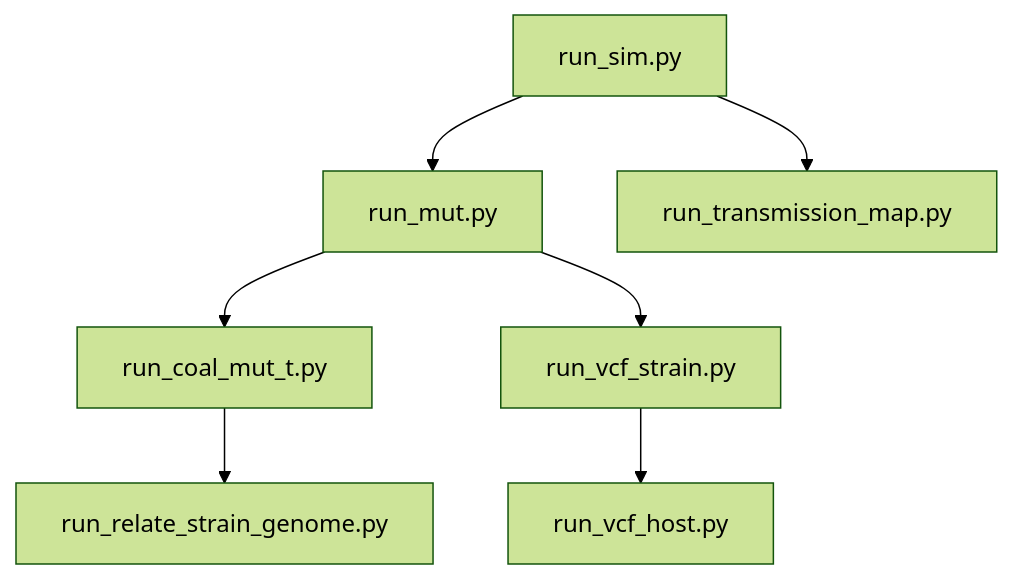
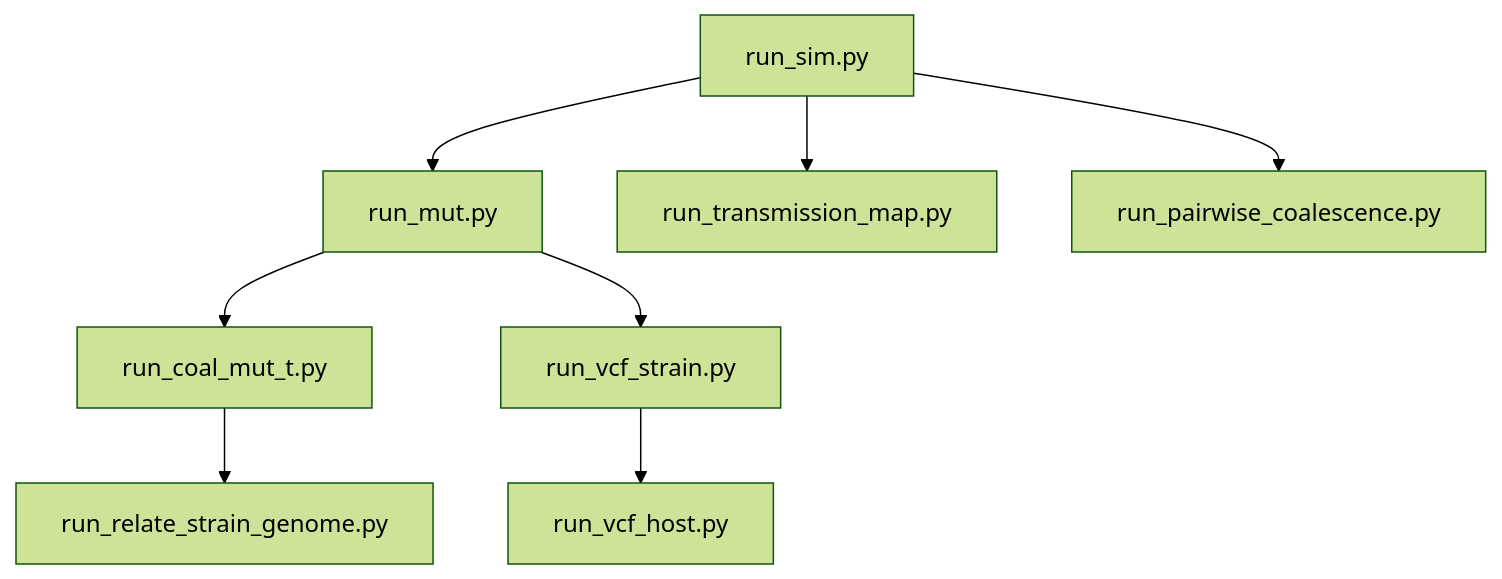
The diagram in README.md (mrc-ide/KR_simulator), drawn with Mermaid (forest theme) before and after one commit. The commit also changed other lines of this file, not shown here.

````diff
--- a/README.md
+++ b/README.md
@@ -43,17 +43,19 @@
 ```mermaid
 graph TD
     sim["run_sim.py"]
     mut["run_mut.py"]
     tmap["run_transmission_map.py"]
+    pairwise["run_pairwise_coalescence.py"]
     coal["run_coal_mut_t.py"]
     relate["run_relate_strain_genome.py"]
     vcfs["run_vcf_strain.py"]
     vcfh["run_vcf_host.py"]
 
     sim --> mut
     sim --> tmap
+    sim --> pairwise
     mut --> coal
     mut --> vcfs
     coal --> relate
     vcfs --> vcfh
 ```
````
